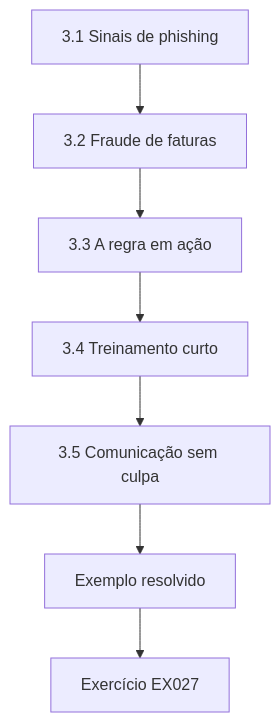
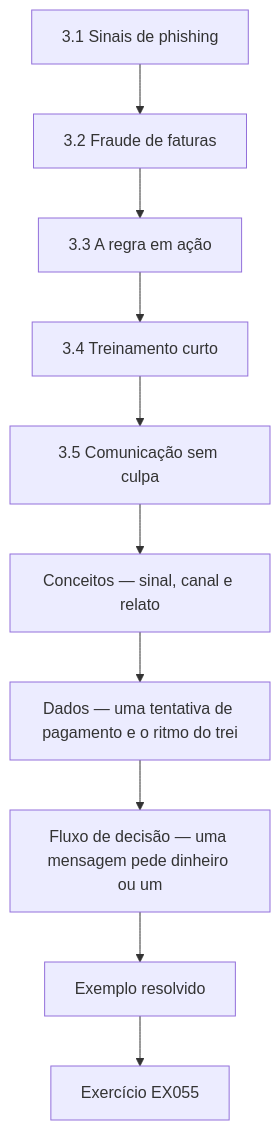
One commit to hiagokinlevi/CyKin changed the seventh of 12 diagrams in levels/rapid-1-month/information-security/pt/book/MANUSCRIPT.md. Above: the diagram before and after it, drawn with Mermaid. The commit also changed other lines of this file and 1 other file, not shown here.

````diff
--- a/levels/rapid-1-month/information-security/pt/book/MANUSCRIPT.md
+++ b/levels/rapid-1-month/information-security/pt/book/MANUSCRIPT.md
@@ -326,11 +461,14 @@
 ```mermaid
 flowchart TD
   N0["3.1 Sinais de phishing"]
   N1["3.2 Fraude de faturas"]
   N2["3.3 A regra em ação"]
   N3["3.4 Treinamento curto"]
   N4["3.5 Comunicação sem culpa"]
-  N0 --> N1 --> N2 --> N3 --> N4
-  N4 --> EX["Exemplo resolvido"]
-  EX --> Q["Exercício EX027"]
+  N5["Conceitos — sinal, canal e relato"]
+  N6["Dados — uma tentativa de pagamento e o ritmo do trei"]
+  N7["Fluxo de decisão — uma mensagem pede dinheiro ou um"]
+  N0 --> N1 --> N2 --> N3 --> N4 --> N5 --> N6 --> N7
+  N7 --> EX["Exemplo resolvido"]
+  EX --> Q["Exercício EX055"]
 ```
````
